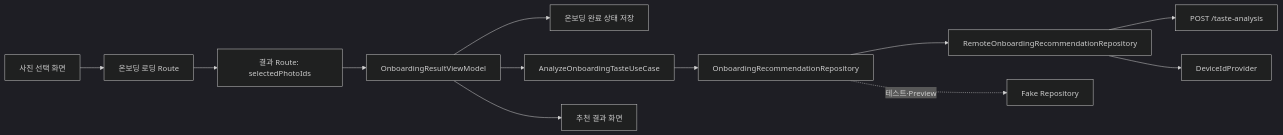
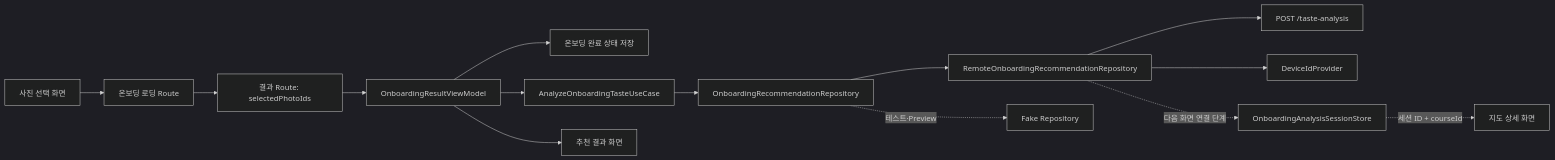
Before and after one commit to SAIRO14/SAIRO-ANDROID: the diagram in docs/intermediate/onboarding-recommendation-flow.md, drawn with Mermaid (dark theme). The commit also changed other lines of this file and 4 other files, not shown here.

````diff
--- a/docs/intermediate/onboarding-recommendation-flow.md
+++ b/docs/intermediate/onboarding-recommendation-flow.md
@@ -45,14 +48,16 @@
 ```mermaid
 flowchart LR
     P["사진 선택 화면"] --> L["온보딩 로딩 Route"]
     L --> R["결과 Route: selectedPhotoIds"]
     R --> VM["OnboardingResultViewModel"]
     VM --> M["온보딩 완료 상태 저장"]
     VM --> UC["AnalyzeOnboardingTasteUseCase"]
     UC --> RI["OnboardingRecommendationRepository"]
     RI --> RR["RemoteOnboardingRecommendationRepository"]
     RR --> API["POST /taste-analysis"]
     RR --> DID["DeviceIdProvider"]
+    RR -. "다음 화면 연결 단계" .-> SS["OnboardingAnalysisSessionStore"]
+    SS -. "세션 ID + courseId" .-> TD["지도 상세 화면"]
     RI -. "테스트·Preview" .-> FR["Fake Repository"]
     VM --> UI["추천 결과 화면"]
 ```
````
